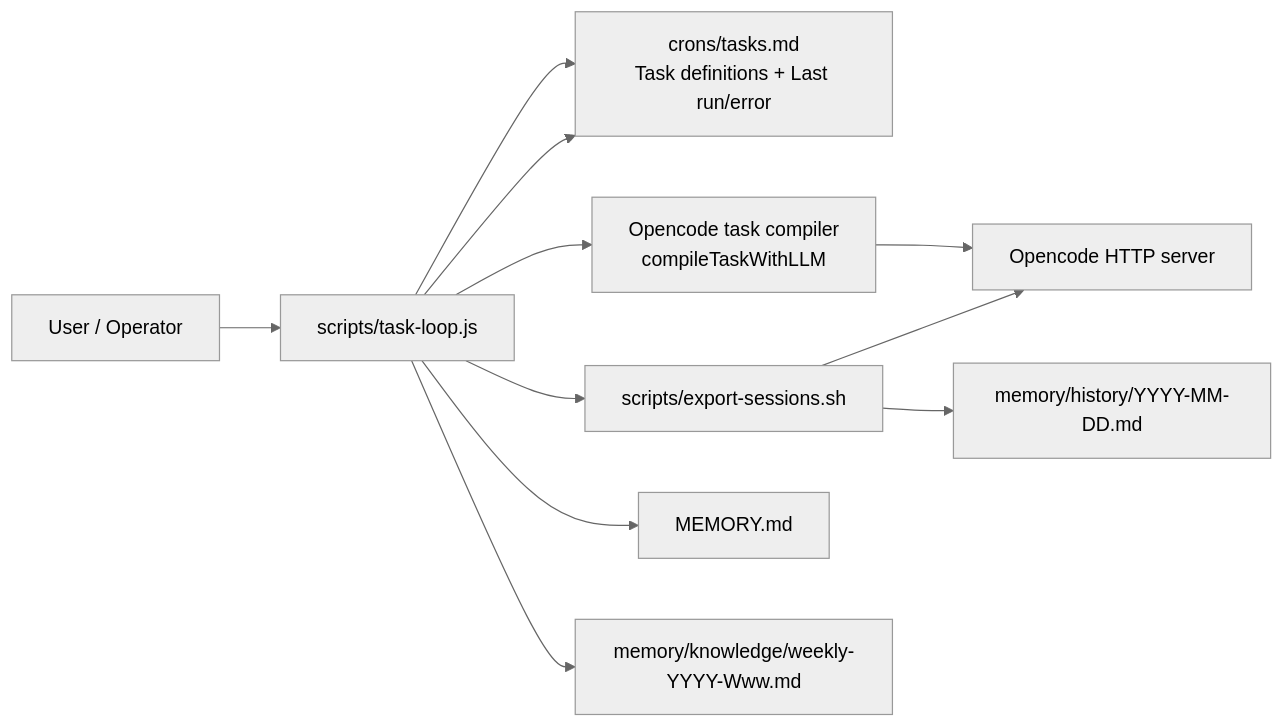
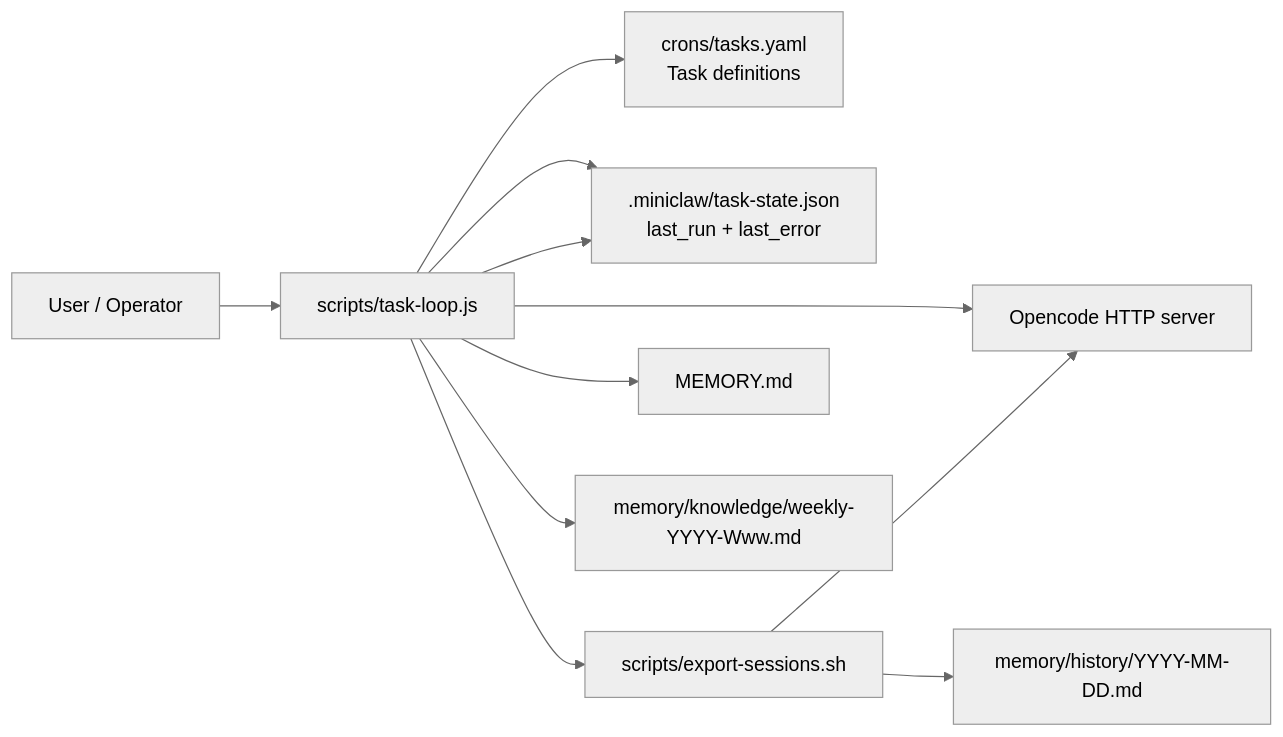
One commit to vii33/AgentScheduler changed the first of 2 diagrams in docs/tasks-memory-architecture.md. Above: the diagram before and after it, drawn with Mermaid (neutral theme). The commit also changed other lines of this file and 1 other file, not shown here.

First line of the commit message:
docs: refresh architecture guide for updated main

````diff
--- a/docs/tasks-memory-architecture.md
+++ b/docs/tasks-memory-architecture.md
@@ -27,23 +28,23 @@
 ```mermaid
 flowchart LR
     User[User / Operator]
     Scheduler[scripts/task-loop.js]
-    Tasks[crons/tasks.md\nTask definitions + Last run/error]
-    Compiler[Opencode task compiler\ncompileTaskWithLLM]
+    Tasks[crons/tasks.yaml\nTask definitions]
+    State[.miniclaw/task-state.json\nlast_run + last_error]
     Server[Opencode HTTP server]
     Export[scripts/export-sessions.sh]
     History[memory/history/YYYY-MM-DD.md]
     Memory[MEMORY.md]
     Weekly[memory/knowledge/weekly-YYYY-Www.md]
 
     User --> Scheduler
     Scheduler --> Tasks
-    Scheduler --> Compiler
-    Compiler --> Server
+    Scheduler --> State
+    Scheduler --> Server
     Scheduler --> Export
     Export --> Server
     Export --> History
     Scheduler --> Memory
     Scheduler --> Weekly
-    Scheduler --> Tasks
+    Scheduler --> State
 ```
````
